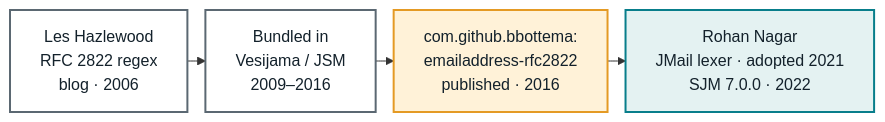
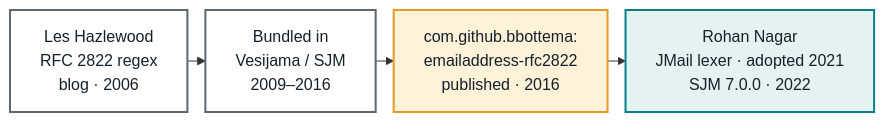
Before and after one commit to simple-java-mail/simplejavamail.org: the second of 10 diagrams in src/journal/the-libraries-behind-simple-java-mail.md, drawn with Mermaid. The commit also changed other lines of this file and 4 other files, not shown here.

````diff
--- a/src/journal/the-libraries-behind-simple-java-mail.md
+++ b/src/journal/the-libraries-behind-simple-java-mail.md
@@ -62,21 +61,21 @@
 ```mermaid
 %%{init: { "flowchart": { "rankSpacing": 18 } } }%%
 flowchart LR
     accTitle: The validator in four stages
     accDescr: Les Hazlewood published the RFC 2822 regex in 2006; it entered Vesijama's public repository in 2009 and shipped inside Vesijama and Simple Java Mail until it was extracted and published as com.github.bbottema:emailaddress-rfc2822 in 2016; Simple Java Mail replaced it with Rohan Nagar's JMail lexer in 2021 for the 7.0.0 release in 2022.
 
     regex["Les Hazlewood<br/>RFC 2822 regex<br/>blog · 2006"]
-    bundled["Bundled in<br/>Vesijama / JSM<br/>2009–2016"]
+    bundled["Bundled in<br/>Vesijama / SJM<br/>2009–2016"]
     extracted["com.github.bbottema:<br/>emailaddress-rfc2822<br/>published · 2016"]
     jmail["Rohan Nagar<br/>JMail lexer · adopted 2021<br/>SJM 7.0.0 · 2022"]
 
     regex --> bundled --> extracted --> jmail
 
     classDef old fill:#FFFFFF,stroke:#5B6872,color:#13212B,stroke-width:2px;
     classDef trouble fill:#FFF2D8,stroke:#E49A24,color:#13212B,stroke-width:2px;
     classDef current fill:#E4F2F2,stroke:#087E8B,color:#13212B,stroke-width:2px;
     class regex old;
     class bundled old;
     class extracted trouble;
     class jmail current;
 ```
````
